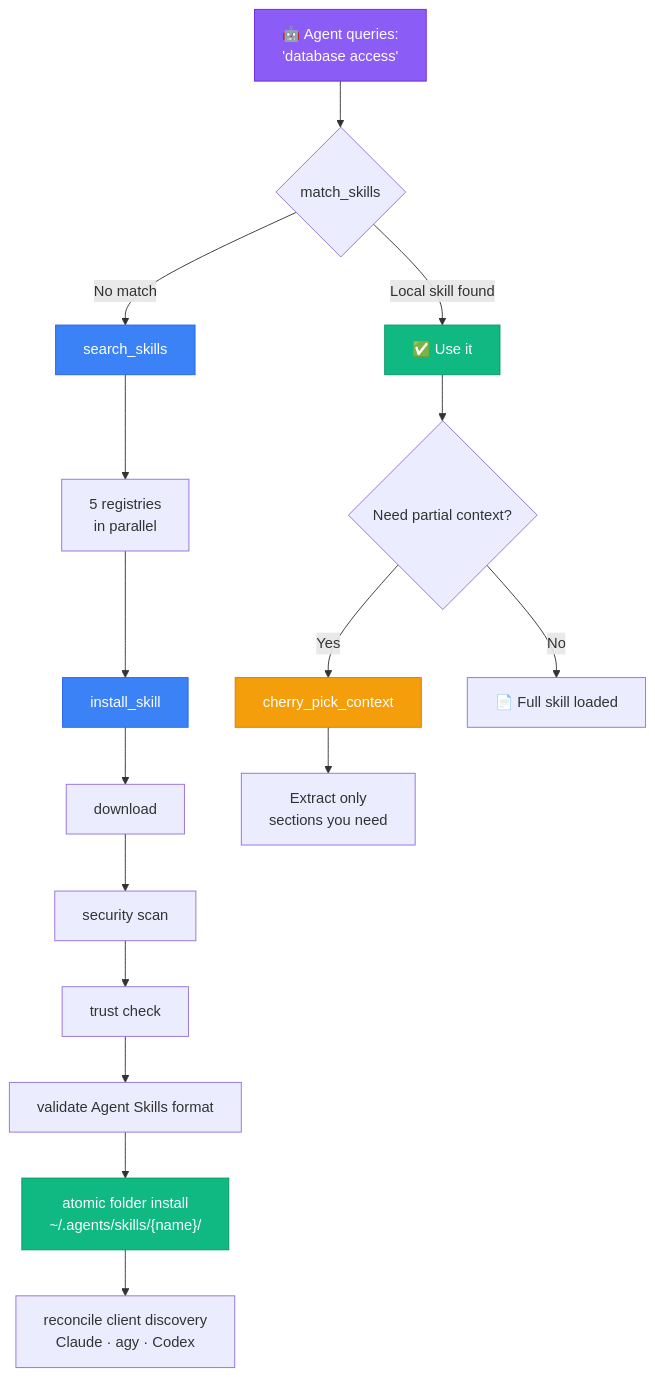
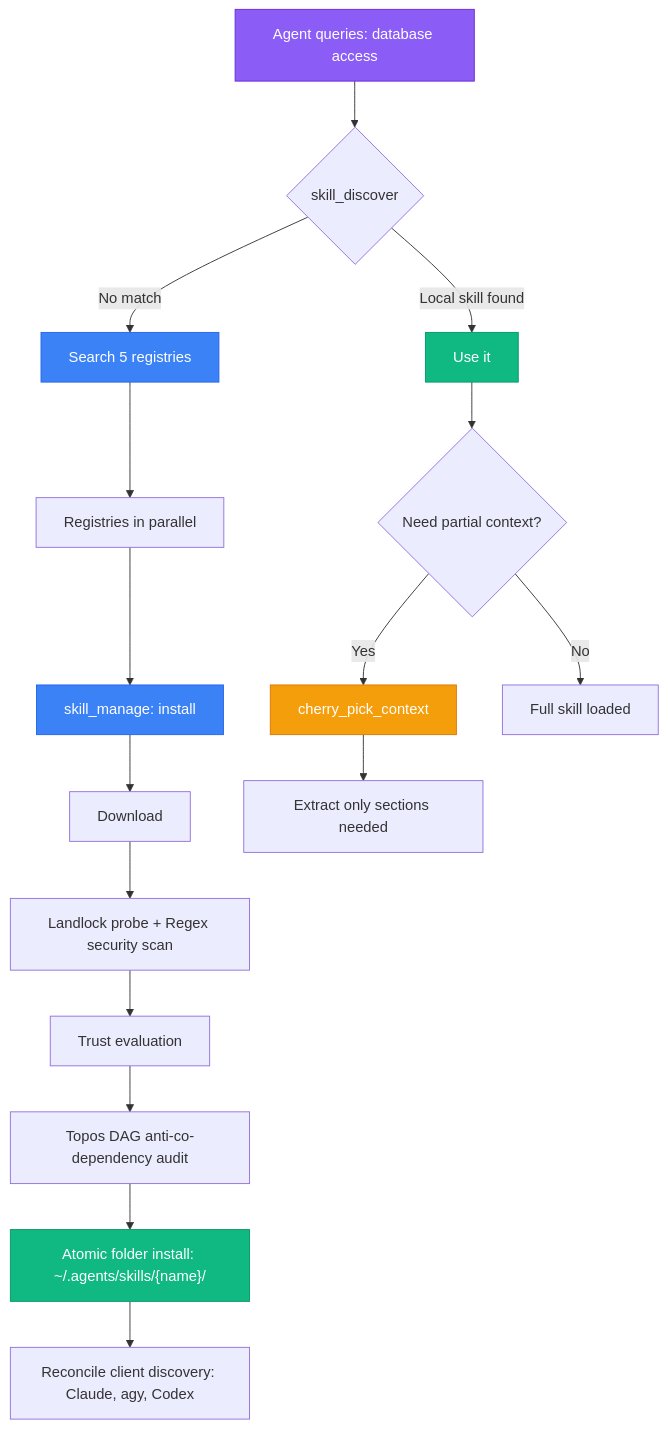
The second of 7 diagrams in README.md (ancrz/skill-swarm-mcp), drawn with Mermaid before and after one commit. The commit also changed other lines of this file, not shown here.

First line of the commit message:
docs: lint mermaid diagrams, add top navigation anchors, and specify apache 2.0 terms

````diff
--- a/README.md
+++ b/README.md
@@ -49,25 +56,25 @@
 ```mermaid
 flowchart TD
-    A["🤖 Agent queries:<br/>'database access'"] --> B{match_skills}
-    B -->|Local skill found| C["✅ Use it"]
-    B -->|No match| D[search_skills]
-    D --> E["5 registries<br/>in parallel"]
-    E --> F[install_skill]
-    F --> G["download"]
-    G --> H["security scan"]
-    H --> I["trust check"]
-    I --> J["validate Agent Skills format"]
-    J --> L["atomic folder install<br/>~/.agents/skills/{name}/"]
-    L --> K["reconcile client discovery<br/>Claude · agy · Codex"]
-    C --> M{Need partial context?}
-    M -->|Yes| N[cherry_pick_context]
-    M -->|No| O["📄 Full skill loaded"]
-    N --> P["Extract only<br/>sections you need"]
+    A["Agent queries: database access"] --> B{"skill_discover"}
+    B -->|"Local skill found"| C["Use it"]
+    B -->|"No match"| D["Search 5 registries"]
+    D --> E["Registries in parallel"]
+    E --> F["skill_manage: install"]
+    F --> G["Download"]
+    G --> H["Landlock probe + Regex security scan"]
+    H --> I["Trust evaluation"]
+    I --> J["Topos DAG anti-co-dependency audit"]
+    J --> L["Atomic folder install: ~/.agents/skills/{name}/"]
+    L --> K["Reconcile client discovery: Claude, agy, Codex"]
+    C --> M{"Need partial context?"}
+    M -->|"Yes"| N["cherry_pick_context"]
+    M -->|"No"| O["Full skill loaded"]
+    N --> P["Extract only sections needed"]
 
     style A fill:#8B5CF6,stroke:#6D28D9,color:#fff
     style C fill:#10B981,stroke:#059669,color:#fff
     style L fill:#10B981,stroke:#059669,color:#fff
     style F fill:#3B82F6,stroke:#2563EB,color:#fff
     style D fill:#3B82F6,stroke:#2563EB,color:#fff
     style N fill:#F59E0B,stroke:#D97706,color:#fff
 ```
````
